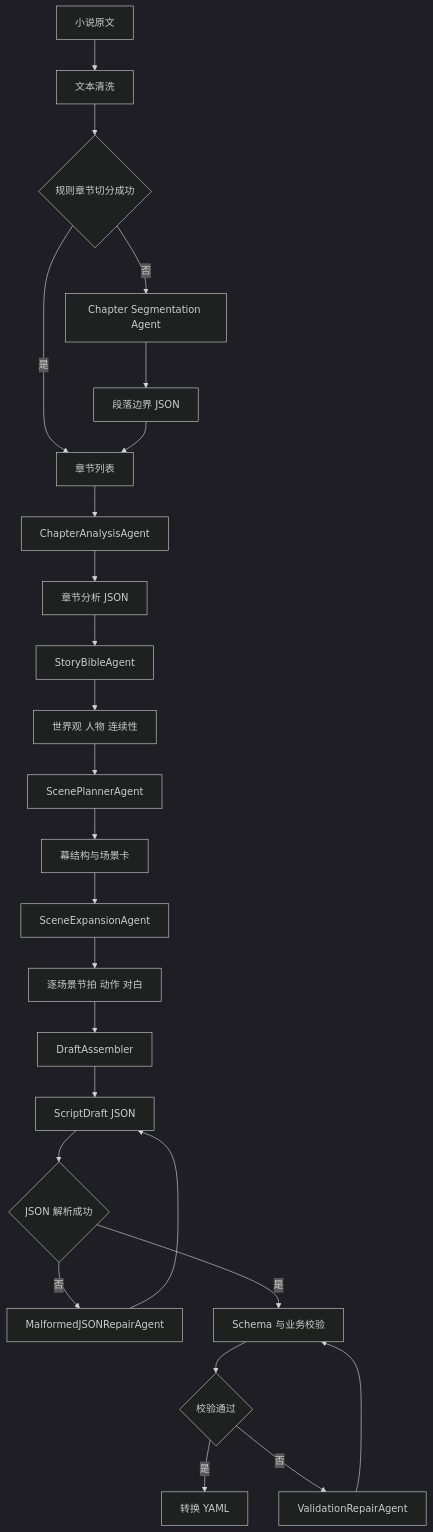
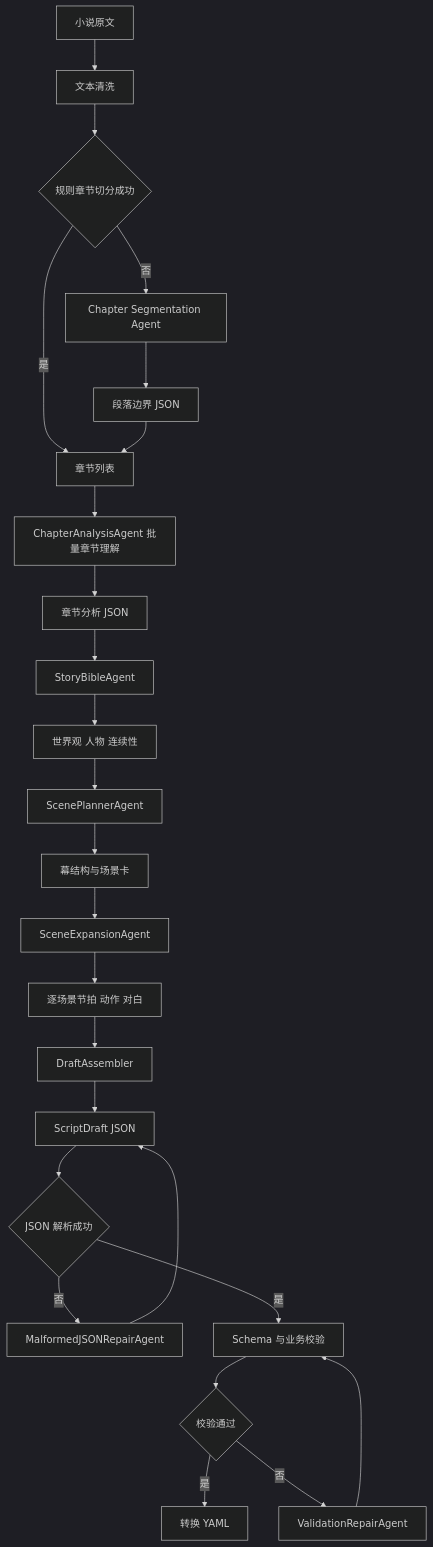
One commit to Flepxum/novelscript-ai changed the diagram in docs/ai-pipeline.md. Above: the diagram before and after it, drawn with Mermaid (dark theme). The commit also changed other lines of this file and 9 other files, not shown here.

Commit message:
feat(ai): batch chapter analysis for faster agents

````diff
--- a/docs/ai-pipeline.md
+++ b/docs/ai-pipeline.md
@@ -16,27 +16,27 @@
 ```mermaid
 flowchart TD
   A[小说原文] --> B[文本清洗]
   B --> C{规则章节切分成功}
   C -- 是 --> D[章节列表]
   C -- 否 --> E[Chapter Segmentation Agent]
   E --> F[段落边界 JSON]
   F --> D
-  D --> G[ChapterAnalysisAgent]
+  D --> G[ChapterAnalysisAgent 批量章节理解]
   G --> H[章节分析 JSON]
   H --> I[StoryBibleAgent]
   I --> J[世界观 人物 连续性]
   J --> K[ScenePlannerAgent]
   K --> L[幕结构与场景卡]
   L --> M[SceneExpansionAgent]
   M --> N[逐场景节拍 动作 对白]
   N --> O[DraftAssembler]
   O --> P[ScriptDraft JSON]
   P --> Q{JSON 解析成功}
   Q -- 否 --> R[MalformedJSONRepairAgent]
   R --> P
   Q -- 是 --> S[Schema 与业务校验]
   S --> T{校验通过}
   T -- 是 --> U[转换 YAML]
   T -- 否 --> V[ValidationRepairAgent]
   V --> S
 ```
````
